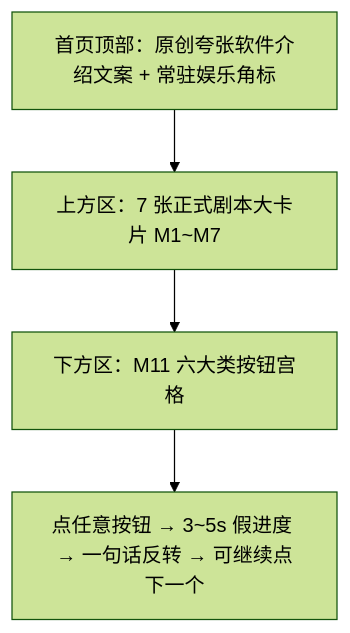
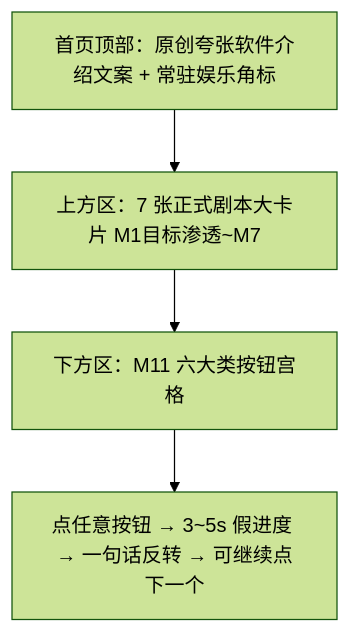
The fifth of 5 diagrams in docs/PRD.md (bushixiucai/hacker-tools-ultimate), drawn with Mermaid (forest theme) before and after one commit. The commit also changed other lines of this file and 1 other file, not shown here.

Commit message:
docs: PRD v0.5.1 目标渗透 P0

````diff
--- a/docs/PRD.md
+++ b/docs/PRD.md
@@ -520,6 +598,6 @@
 ```mermaid
 flowchart TD
-  A[首页顶部：原创夸张软件介绍文案 + 常驻娱乐角标] --> B[上方区：7 张正式剧本大卡片 M1~M7]
+  A[首页顶部：原创夸张软件介绍文案 + 常驻娱乐角标] --> B[上方区：7 张正式剧本大卡片 M1目标渗透~M7]
   B --> C[下方区：M11 六大类按钮宫格]
   C --> D[点任意按钮 → 3~5s 假进度 → 一句话反转 → 可继续点下一个]
 ```
````
